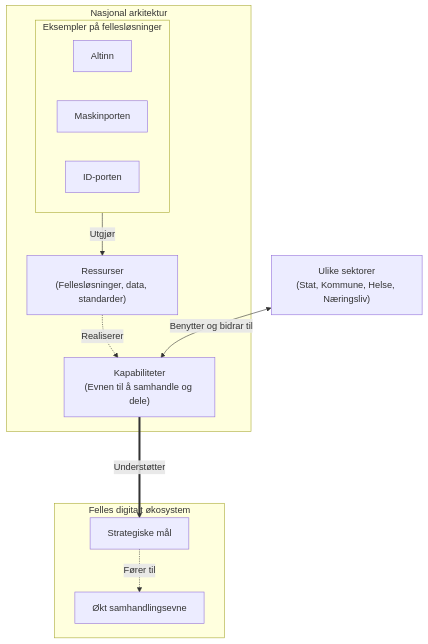
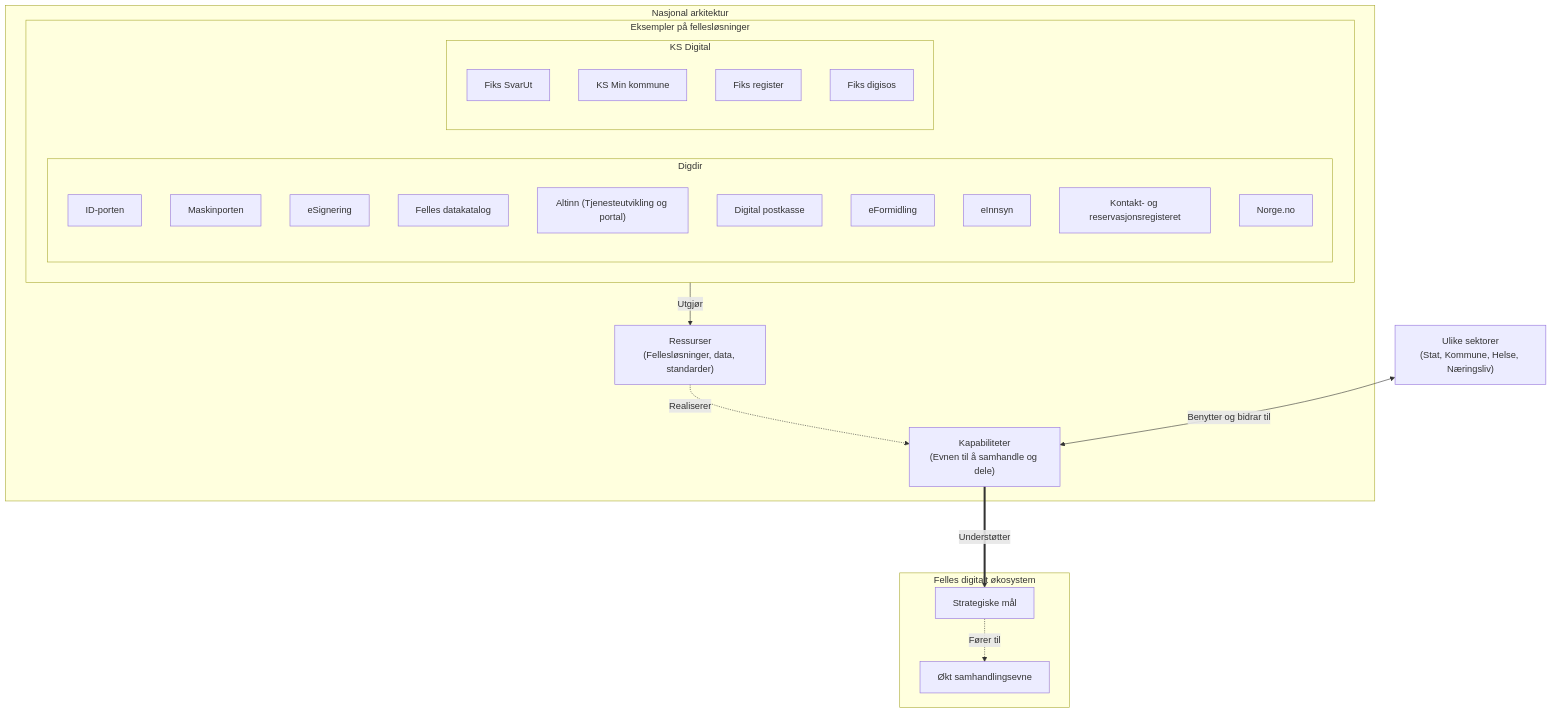
The diagram in docs/index.md (gnetrom/Nasjonal-arkitektur), drawn with Mermaid before and after one commit.

````diff
--- a/docs/index.md
+++ b/docs/index.md
@@ -19,32 +19,47 @@
 ```mermaid
 graph TD
     %% Sektorer og aktører
     Sektorer["Ulike sektorer<br>(Stat, Kommune, Helse, Næringsliv)"]
 
     %% Nasjonal arkitektur rammeverk
     subgraph NA [Nasjonal arkitektur]
         subgraph Konkrete_felleslosninger [Eksempler på fellesløsninger]
-            Altinn
-            Maskinporten
-            IDporten["ID-porten"]
+            subgraph Digdir_losninger [Digdir]
+                IDporten["ID-porten"]
+                Maskinporten
+                eSignering
+                FDK["Felles datakatalog"]
+                Altinn["Altinn (Tjenesteutvikling og portal)"]
+                DPV["Digital postkasse"]
+                eFormidling
+                eInnsyn
+                KRR["Kontakt- og reservasjonsregisteret"]
+                NorgeNo["Norge.no"]
+            end
+            subgraph KS_losninger [KS Digital]
+                SvarUt["Fiks SvarUt"]
+                MinKommune["KS Min kommune"]
+                FiksRegister["Fiks register"]
+                Digisos["Fiks digisos"]
+            end
         end
         
         Ressurser["Ressurser<br>(Fellesløsninger, data, standarder)"]
         Kapabiliteter["Kapabiliteter<br>(Evnen til å samhandle og dele)"]
         
         Konkrete_felleslosninger -->|Utgjør| Ressurser
         Ressurser -.->|Realiserer| Kapabiliteter
     end
 
     %% Målbilde
     subgraph Økosystem [Felles digitalt økosystem]
         Strategi["Strategiske mål"]
         Samhandling["Økt samhandlingsevne"]
         
         Strategi -.->|Fører til| Samhandling
     end
 
     %% Relasjoner
     Sektorer <-->|Benytter og bidrar til| Kapabiliteter
     Kapabiliteter ===>|Understøtter| Strategi
 ```
````
